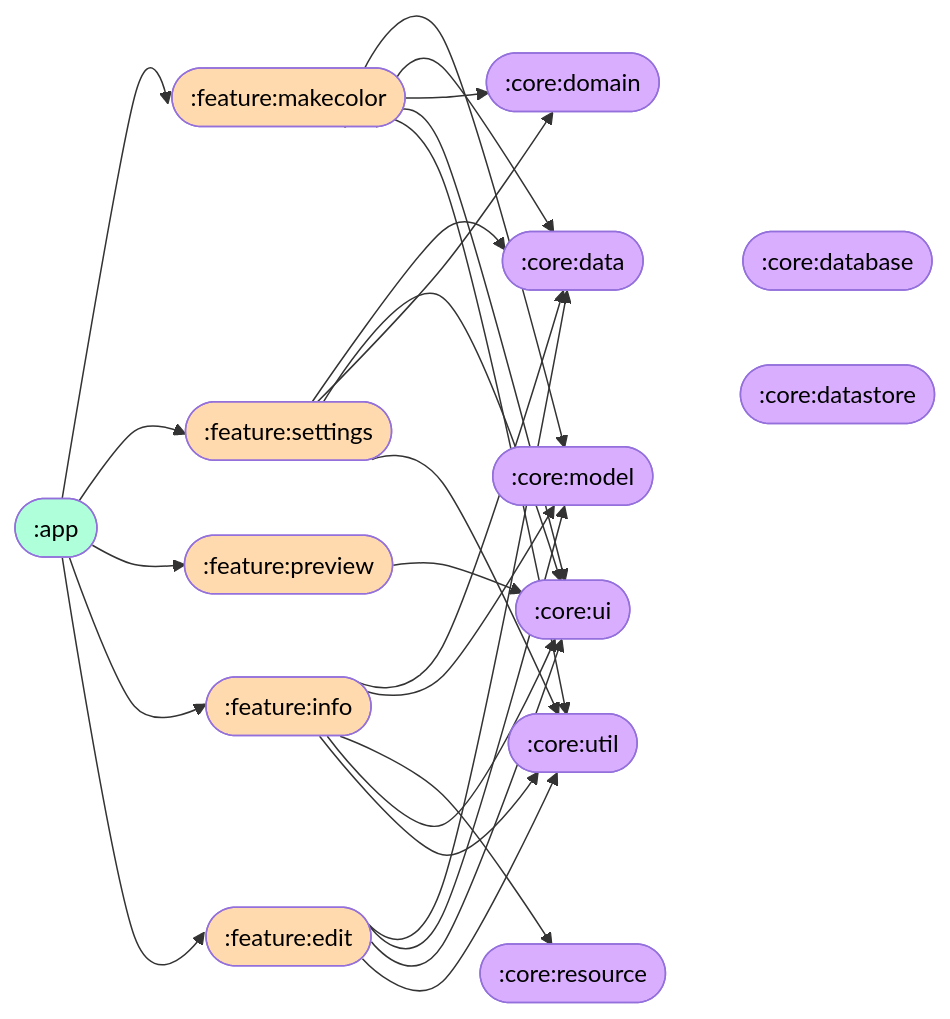
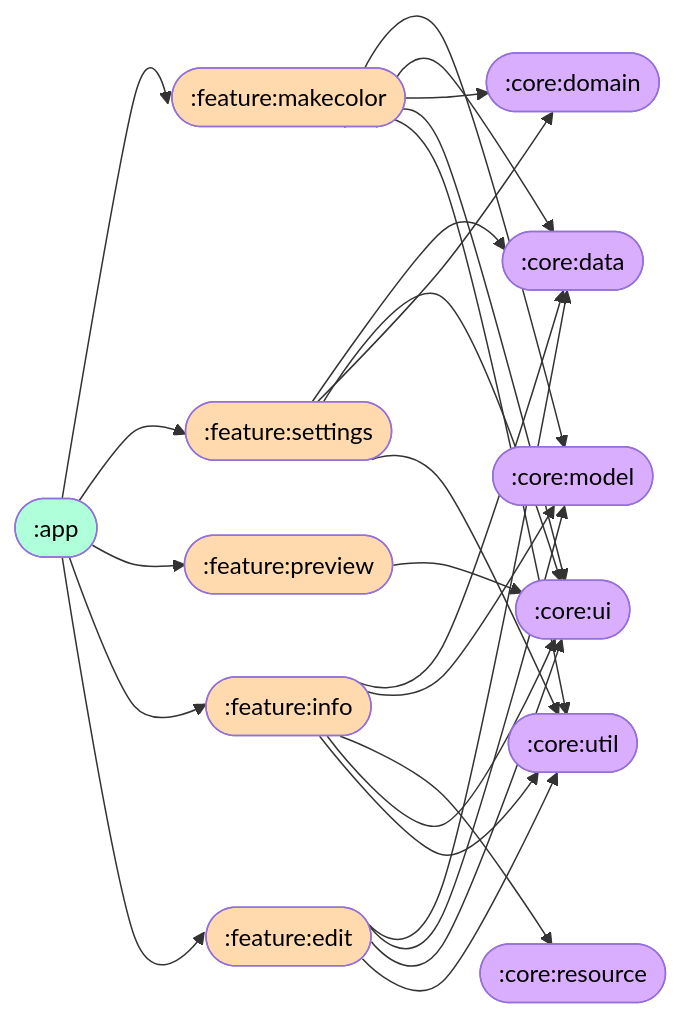
Before and after one commit to kosenda/MultiColorPicker: the diagram in README.md, drawn with Mermaid.

Commit message:
docs: remove :core:datastore , :core:database
[skip ci]

````diff
--- a/README.md
+++ b/README.md
@@ -50,41 +50,38 @@
 ```mermaid
 flowchart LR
 %%{init: {'flowchart' : {'curve' : 'cardinal'}}}%%
 
   classDef appModule fill:#AEFFDA,color:#000
   classDef featureModule fill:#FFDAAE,color:#000
   classDef coreModule fill:#DAAEFF,color:#000
   
   A1([:app]):::appModule --> B1([:feature:makecolor]):::featureModule
   A1 --> B2([:feature:settings]):::featureModule
   A1 --> B3([:feature:preview]):::featureModule
   A1 --> B4([:feature:info]):::featureModule
   A1 --> B5([:feature:edit]):::featureModule
   
   B1 --> C1([:core:model]):::coreModule 
   B1 --> C2([:core:data]):::coreModule
   B1 --> C5([:core:domain]):::coreModule
   B1 --> C7([:core:ui]):::coreModule
   B1 --> C8([:core:util]):::coreModule
   
   B2 --> C2
   B2 --> C5
   B2 --> C7
   B2 --> C8
   
   B3 --> C7
   
   B4 --> C2
   B4 --> C1
   B4 --> C6([:core:resource]):::coreModule
   B4 --> C7
   B4 --> C8
   
   B5 --> C2
   B5 --> C1
   B5 --> C7
   B5 --> C8
-  
-  C2 ~~~ C3([:core:database]):::coreModule
-  C2 ~~~ C4([:core:datastore]):::coreModule
 ```
````
